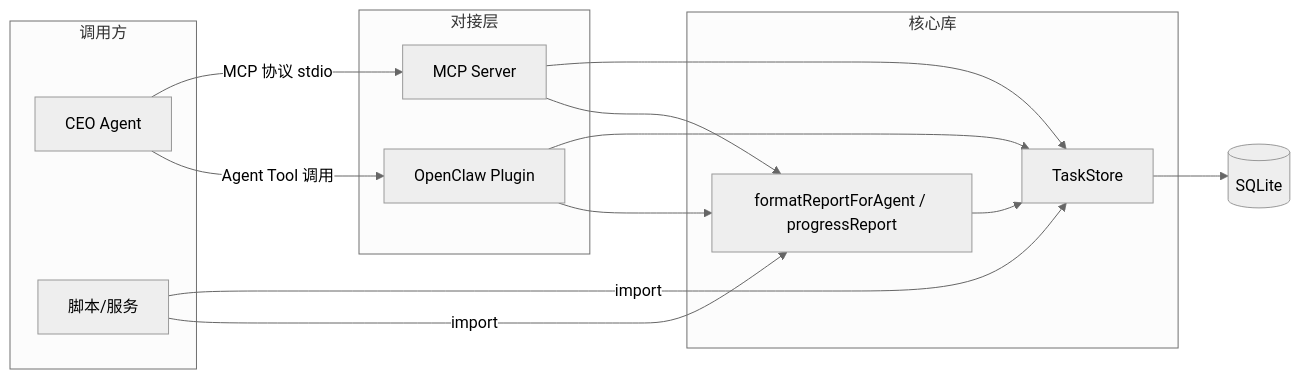
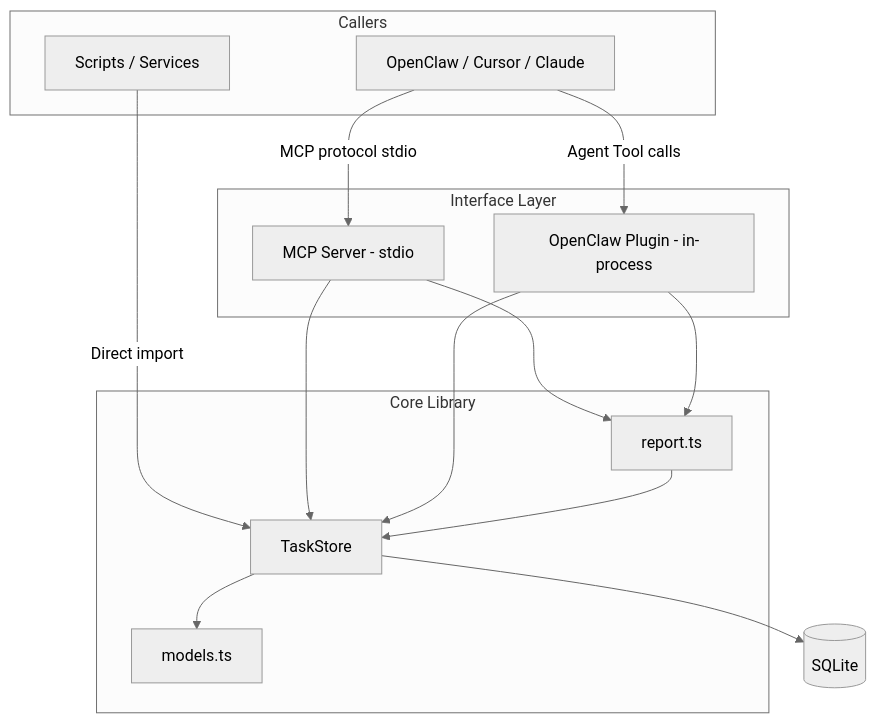
The fourth of 4 diagrams in docs/SEQUENCE.md (miguoliang/openclaw-never-forget-tasks), drawn with Mermaid (neutral theme) before and after one commit. The commit also changed other lines of this file and 13 other files, not shown here.

````diff
--- a/docs/SEQUENCE.md
+++ b/docs/SEQUENCE.md
@@ -140,31 +125,32 @@
 ```mermaid
-flowchart LR
-    subgraph 调用方
-        A[CEO Agent]
-        B[脚本/服务]
+graph TB
+    subgraph Callers
+        A[OpenClaw / Cursor / Claude]
+        B[Scripts / Services]
     end
 
-    subgraph 对接层
-        M[MCP Server]
-        P[OpenClaw Plugin]
+    subgraph Interface Layer
+        M[MCP Server - stdio]
+        P[OpenClaw Plugin - in-process]
     end
 
-    subgraph 核心库
+    subgraph Core Library
         S[TaskStore]
-        R[formatReportForAgent / progressReport]
+        R[report.ts]
+        Mo[models.ts]
     end
 
     DB[(SQLite)]
 
-    A -->|MCP 协议 stdio| M
-    A -->|Agent Tool 调用| P
-    B -->|import| S
-    B -->|import| R
+    A -->|MCP protocol stdio| M
+    A -->|Agent Tool calls| P
+    B -->|Direct import| S
 
     M --> S
     M --> R
     P --> S
     P --> R
+    S --> Mo
+    R --> S
     S --> DB
-    R --> S
 ```
````
